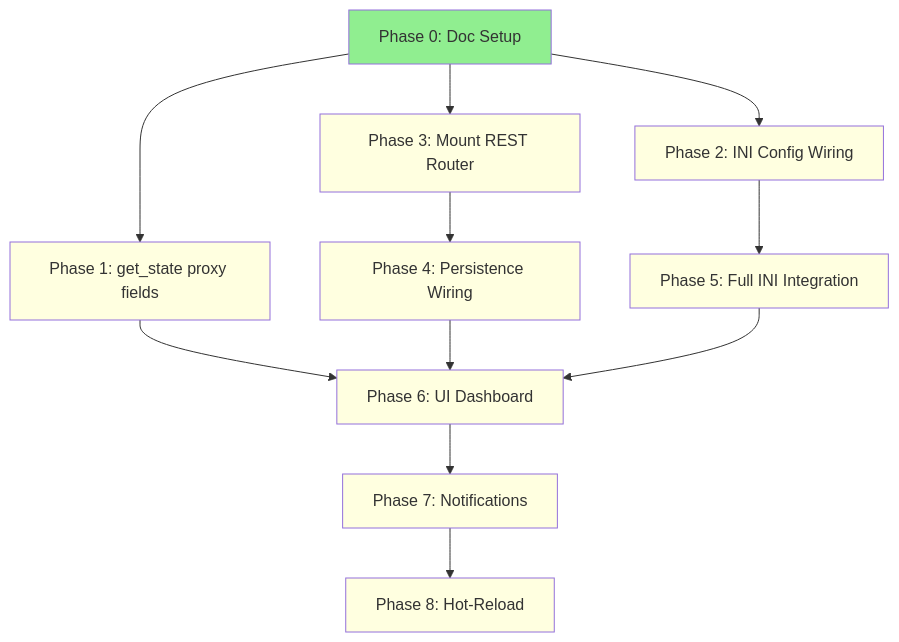
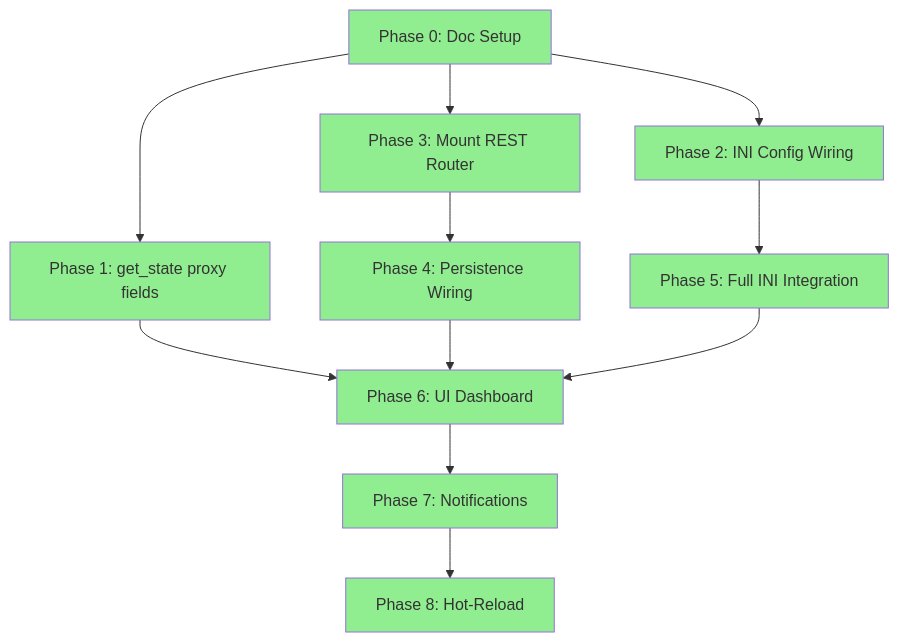
Before and after one commit to deepily/lupin: the diagram in src/rnd/2026.02.14-swe-team-phase-4-decision-proxy-architecture/00-index.md, drawn with Mermaid. The commit also changed other lines of this file and 10 other files, not shown here.

````diff
--- a/src/rnd/2026.02.14-swe-team-phase-4-decision-proxy-architecture/00-index.md
+++ b/src/rnd/2026.02.14-swe-team-phase-4-decision-proxy-architecture/00-index.md
@@ -35,23 +35,23 @@
 ```mermaid
 flowchart TD
     P0[Phase 0: Doc Setup] --> P1[Phase 1: get_state proxy fields]
     P0 --> P2[Phase 2: INI Config Wiring]
     P0 --> P3[Phase 3: Mount REST Router]
     P2 --> P5[Phase 5: Full INI Integration]
     P3 --> P4[Phase 4: Persistence Wiring]
     P1 --> P6[Phase 6: UI Dashboard]
     P4 --> P6
     P5 --> P6
     P6 --> P7[Phase 7: Notifications]
     P7 --> P8[Phase 8: Hot-Reload]
 
     style P0 fill:#90EE90
-    style P1 fill:#FFFFE0
-    style P2 fill:#FFFFE0
-    style P3 fill:#FFFFE0
-    style P4 fill:#FFFFE0
-    style P5 fill:#FFFFE0
-    style P6 fill:#FFFFE0
-    style P7 fill:#FFFFE0
-    style P8 fill:#FFFFE0
+    style P1 fill:#90EE90
+    style P2 fill:#90EE90
+    style P3 fill:#90EE90
+    style P4 fill:#90EE90
+    style P5 fill:#90EE90
+    style P6 fill:#90EE90
+    style P7 fill:#90EE90
+    style P8 fill:#90EE90
 ```
````
